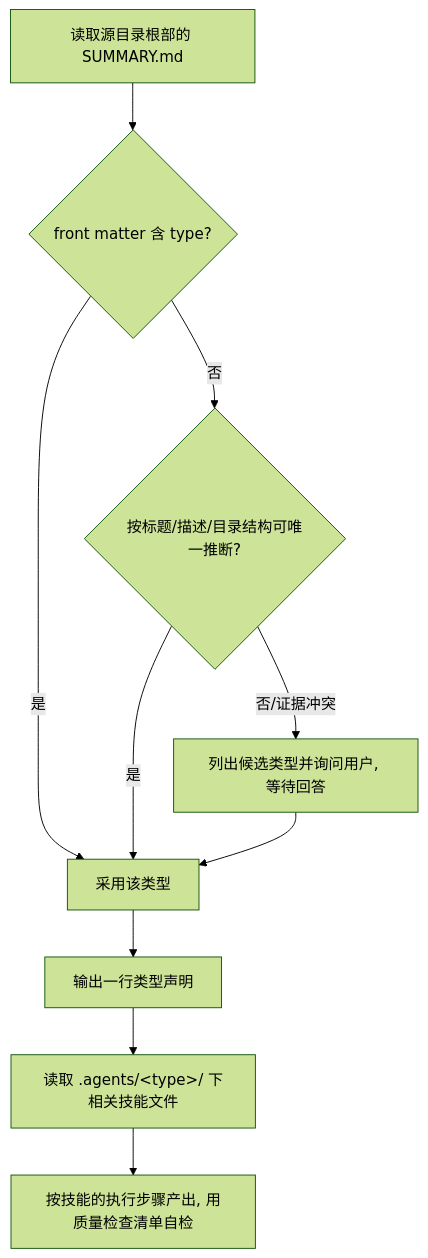
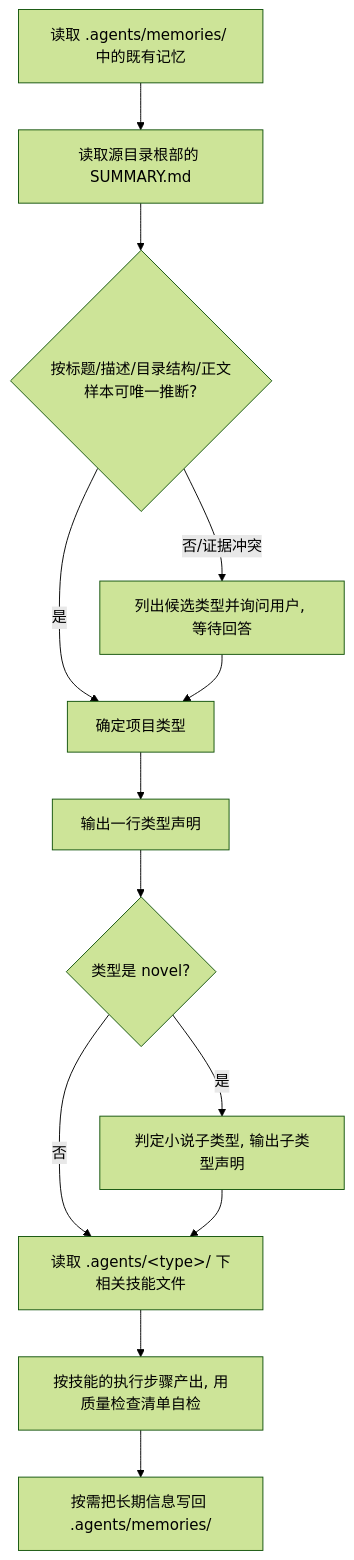
One commit to the-writer/camus changed the diagram in docs/prd/11-ai-skills.md. Above: the diagram before and after it, drawn with Mermaid (forest theme). The commit also changed other lines of this file and 47 other files, not shown here.

````diff
--- a/docs/prd/11-ai-skills.md
+++ b/docs/prd/11-ai-skills.md
@@ -48,12 +58,15 @@
 ```mermaid
 flowchart TD
-    A[读取源目录根部的 SUMMARY.md] --> B{front matter 含 type?}
-    B -->|是| D[采用该类型]
-    B -->|否| C{按标题/描述/目录结构可唯一推断?}
-    C -->|是| D
+    A[读取 .agents/memories/ 中的既有记忆] --> B[读取源目录根部的 SUMMARY.md]
+    B --> C{按标题/描述/目录结构/正文样本可唯一推断?}
+    C -->|是| D[确定项目类型]
     C -->|否/证据冲突| E[列出候选类型并询问用户, 等待回答]
     E --> D
     D --> F[输出一行类型声明]
-    F --> G[读取 .agents/&lt;type&gt;/ 下相关技能文件]
-    G --> H[按技能的执行步骤产出, 用质量检查清单自检]
+    F --> G{类型是 novel?}
+    G -->|否| I[读取 .agents/&lt;type&gt;/ 下相关技能文件]
+    G -->|是| H[判定小说子类型, 输出子类型声明]
+    H --> I
+    I --> J[按技能的执行步骤产出, 用质量检查清单自检]
+    J --> K[按需把长期信息写回 .agents/memories/]
 ```
````
